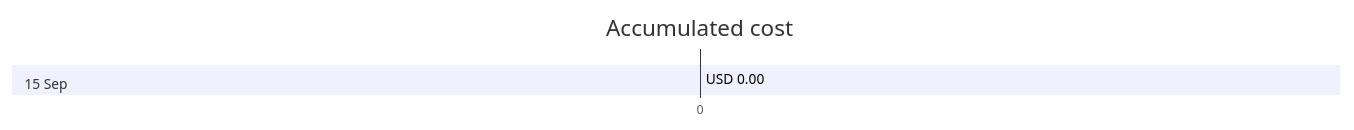
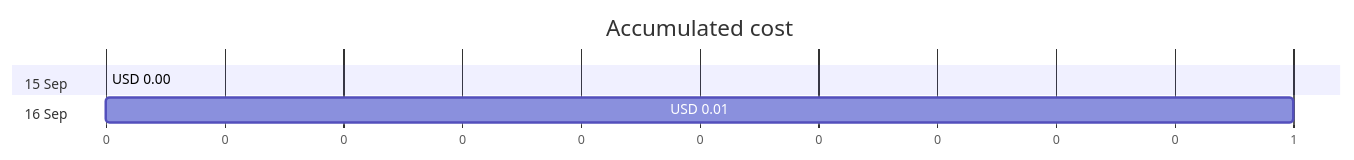
The first of 4 diagrams in cost-reports/personal-network/ubuntu-vpn-server-spot_OsDisk_snapshot_20130915.md (jpfulton/azure-personal-reports), drawn with Mermaid before and after one commit. The commit also changed other lines of this file and 16 other files, not shown here.

````diff
--- a/cost-reports/personal-network/ubuntu-vpn-server-spot_OsDisk_snapshot_20130915.md
+++ b/cost-reports/personal-network/ubuntu-vpn-server-spot_OsDisk_snapshot_20130915.md
@@ -20,8 +20,10 @@
 ```mermaid
 gantt
    title Accumulated cost
    dateFormat  X
    axisFormat %s
    section 15 Sep
    USD 0.00 :0, 0
+   section 16 Sep
+   USD 0.01 :0, 1
 ```
````
